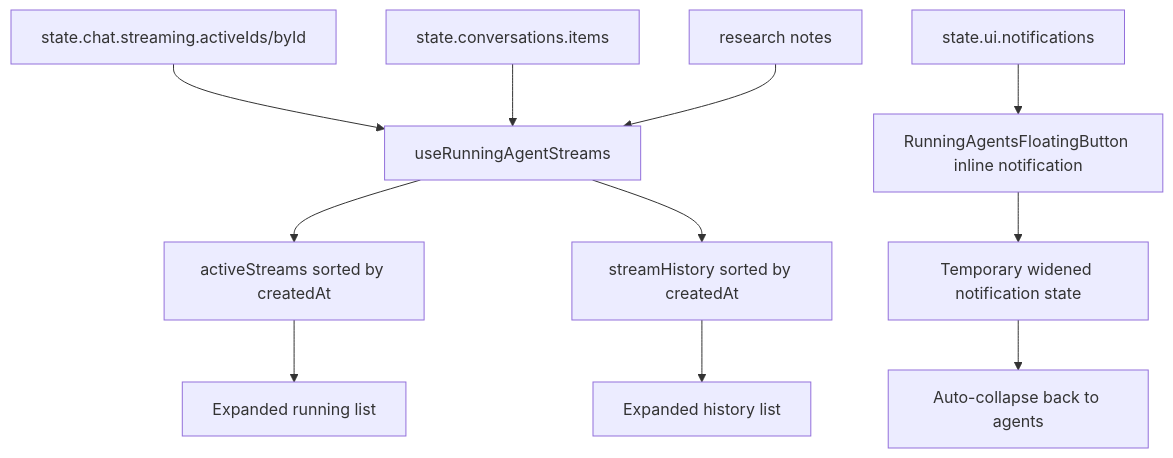
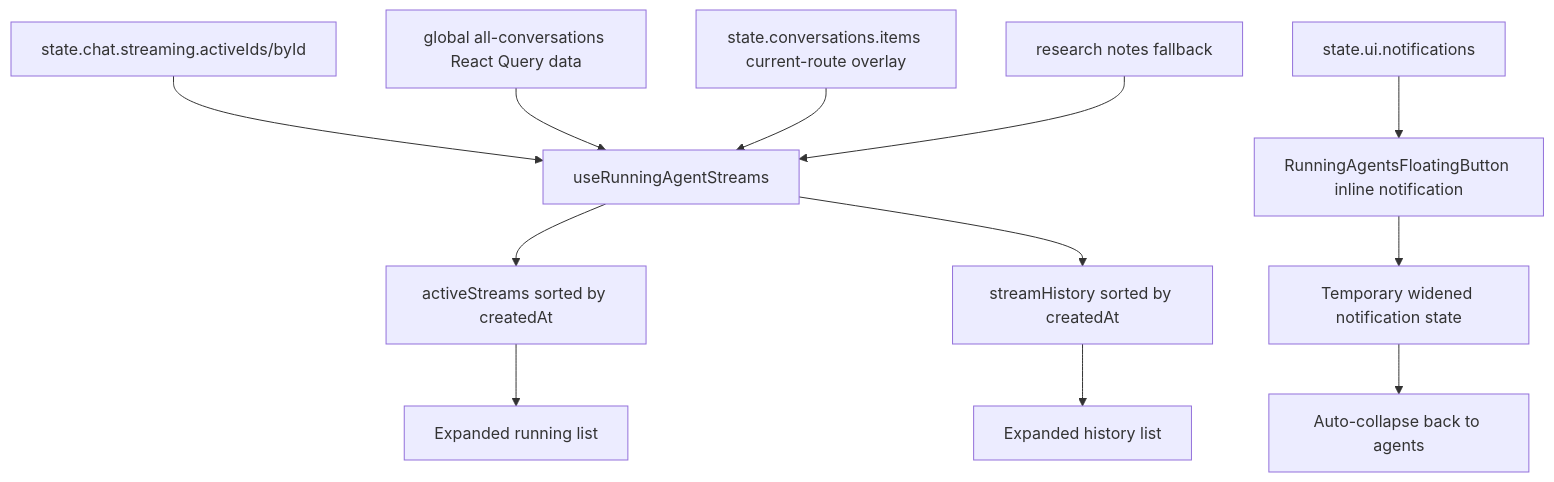
Before and after one commit to zayr0-9/Graviton: the diagram in ygg-chat/docs/agent_context/agent_floating_agent_button_design.md, drawn with Mermaid. The commit also changed 5 other files, not shown here.

````diff
--- a/ygg-chat/docs/agent_context/agent_floating_agent_button_design.md
+++ b/ygg-chat/docs/agent_context/agent_floating_agent_button_design.md
@@ -128,13 +128,14 @@
 ```mermaid
 flowchart TD
   A[state.chat.streaming.activeIds/byId] --> B[useRunningAgentStreams]
-  C[state.conversations.items] --> B
-  D[research notes] --> B
+  C[global all-conversations React Query data] --> B
+  D[state.conversations.items current-route overlay] --> B
+  N[research notes fallback] --> B
   B --> E[activeStreams sorted by createdAt]
   B --> F[streamHistory sorted by createdAt]
   G[state.ui.notifications] --> H[RunningAgentsFloatingButton inline notification]
   E --> I[Expanded running list]
   F --> J[Expanded history list]
   H --> K[Temporary widened notification state]
   K --> L[Auto-collapse back to agents]
 ```
````
